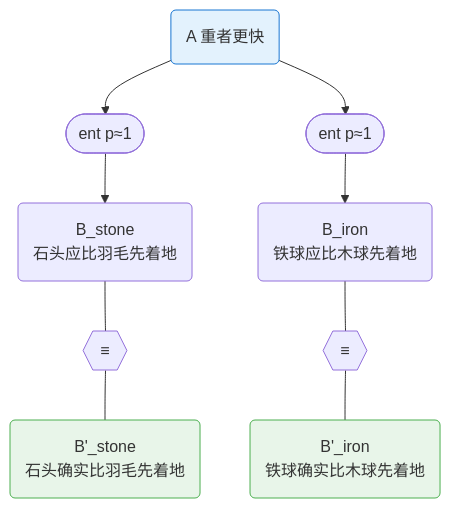
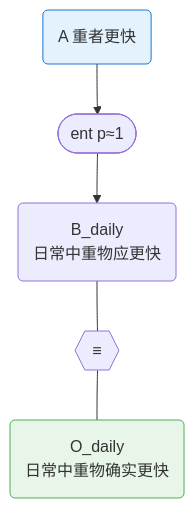
Before and after one commit to newtontech/Gaia: the fifth of 9 diagrams in docs/foundations/theory/science-formalization.md, drawn with Mermaid. The commit also changed other lines of this file, not shown here.

Commit message:
docs: keep W1 at O_daily granularity

````diff
--- a/docs/foundations/theory/science-formalization.md
+++ b/docs/foundations/theory/science-formalization.md
@@ -273,10 +273,8 @@
 ```mermaid
 graph TD
-    A("A 重者更快"):::concl --> f1(["ent p≈1"]) --> Bs("B_stone<br/>石头应比羽毛先着地")
-    A --> f2(["ent p≈1"]) --> Bi("B_iron<br/>铁球应比木球先着地")
-    Bs --- eq1{{"≡"}} --- Bps("B'_stone<br/>石头确实比羽毛先着地"):::obs
-    Bi --- eq2{{"≡"}} --- Bpi("B'_iron<br/>铁球确实比木球先着地"):::obs
+    A("A 重者更快"):::concl --> f1(["ent p≈1"]) --> Bd("B_daily<br/>日常中重物应更快")
+    Bd --- eq1{{"≡"}} --- Od("O_daily<br/>日常中重物确实更快"):::obs
 
     classDef obs fill:#e8f5e9,stroke:#4caf50
     classDef concl fill:#e3f2fd,stroke:#1976d2
 ```
````
